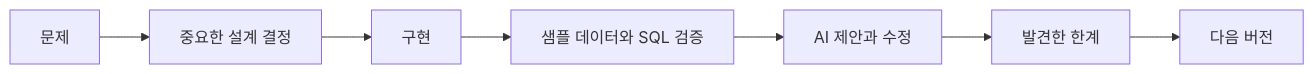
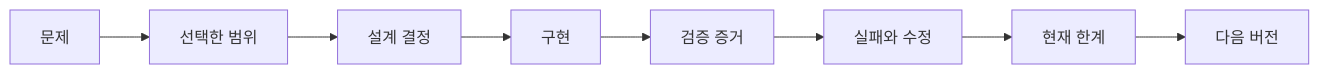
One commit to GilbertMoon/ai-database-book changed the diagram in images/chapter15/ch15_07_project_story_flow.mmd. Above: the diagram before and after it, drawn with Mermaid. The commit also changed 79 other files, not shown here.

Commit message:
Revise Chapters 12, 14, and 15 content and diagrams

```diff
--- a/images/chapter15/ch15_07_project_story_flow.mmd
+++ b/images/chapter15/ch15_07_project_story_flow.mmd
@@ -1,7 +1,8 @@
 flowchart LR
-    A[문제] --> B[중요한 설계 결정]
-    B --> C[구현]
-    C --> D[샘플 데이터와 SQL 검증]
-    D --> E[AI 제안과 수정]
-    E --> F[발견한 한계]
-    F --> G[다음 버전]
+A[문제] --> B[선택한 범위]
+B --> C[설계 결정]
+C --> D[구현]
+D --> E[검증 증거]
+E --> F[실패와 수정]
+F --> G[현재 한계]
+G --> H[다음 버전]
```
